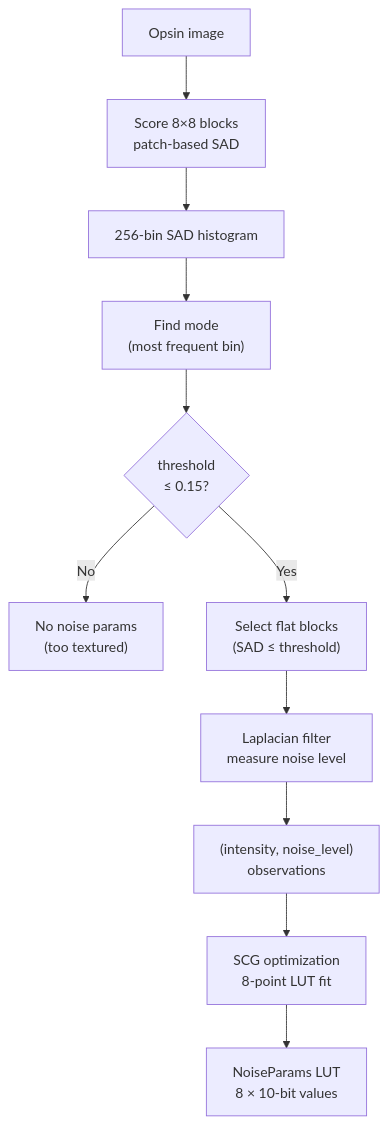
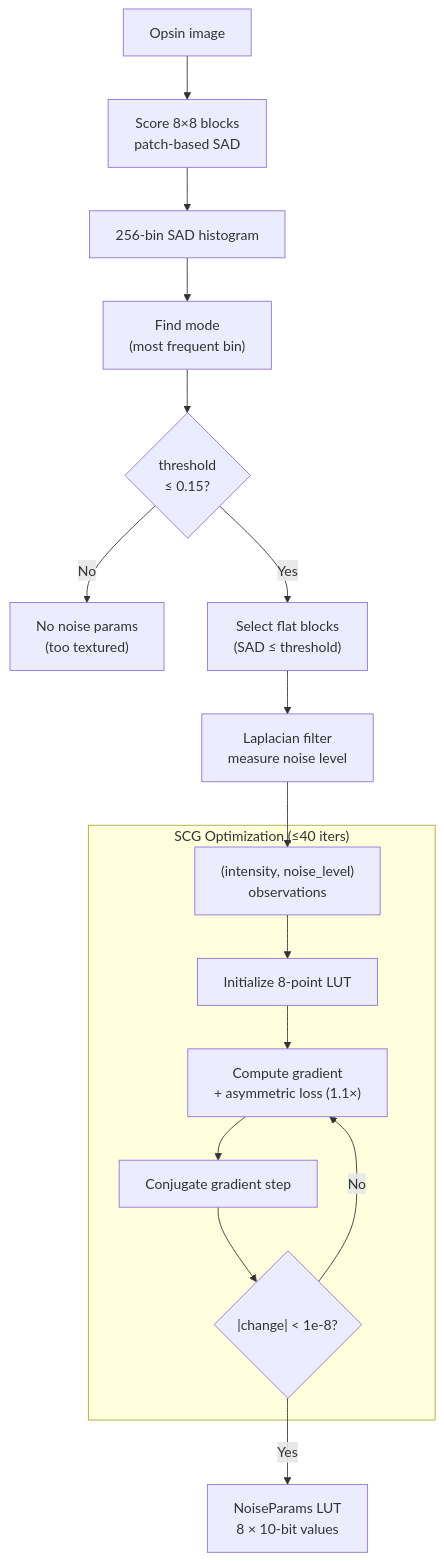
One commit to imazen/libjxl changed the diagram in docs/src/features/noise.md. Above: the diagram before and after it, drawn with Mermaid. The commit also changed 6 other files, not shown here.

First line of the commit message:
docs: fix 7 Mermaid diagrams to show loops, subgraphs, and decisions

````diff
--- a/docs/src/features/noise.md
+++ b/docs/src/features/noise.md
@@ -3,13 +3,19 @@
 ```mermaid
 flowchart TD
     OPSIN["Opsin image"] --> SAD["Score 8×8 blocks<br/>patch-based SAD"]
     SAD --> HIST["256-bin SAD histogram"]
     HIST --> MODE["Find mode<br/>(most frequent bin)"]
     MODE --> THR{"threshold<br/>≤ 0.15?"}
     THR -->|No| NONE["No noise params<br/>(too textured)"]
     THR -->|Yes| FLAT["Select flat blocks<br/>(SAD ≤ threshold)"]
     FLAT --> LAP["Laplacian filter<br/>measure noise level"]
     LAP --> OBS["(intensity, noise_level)<br/>observations"]
-    OBS --> FIT["SCG optimization<br/>8-point LUT fit"]
-    FIT --> LUT["NoiseParams LUT<br/>8 × 10-bit values"]
+    subgraph "SCG Optimization (≤40 iters)"
+        OBS --> INIT["Initialize 8-point LUT"]
+        INIT --> GRAD["Compute gradient<br/>+ asymmetric loss (1.1×)"]
+        GRAD --> UPDATE["Conjugate gradient step"]
+        UPDATE --> CONV{"|change| < 1e-8?"}
+        CONV -->|No| GRAD
+    end
+    CONV -->|Yes| LUT["NoiseParams LUT<br/>8 × 10-bit values"]
 ```
````
